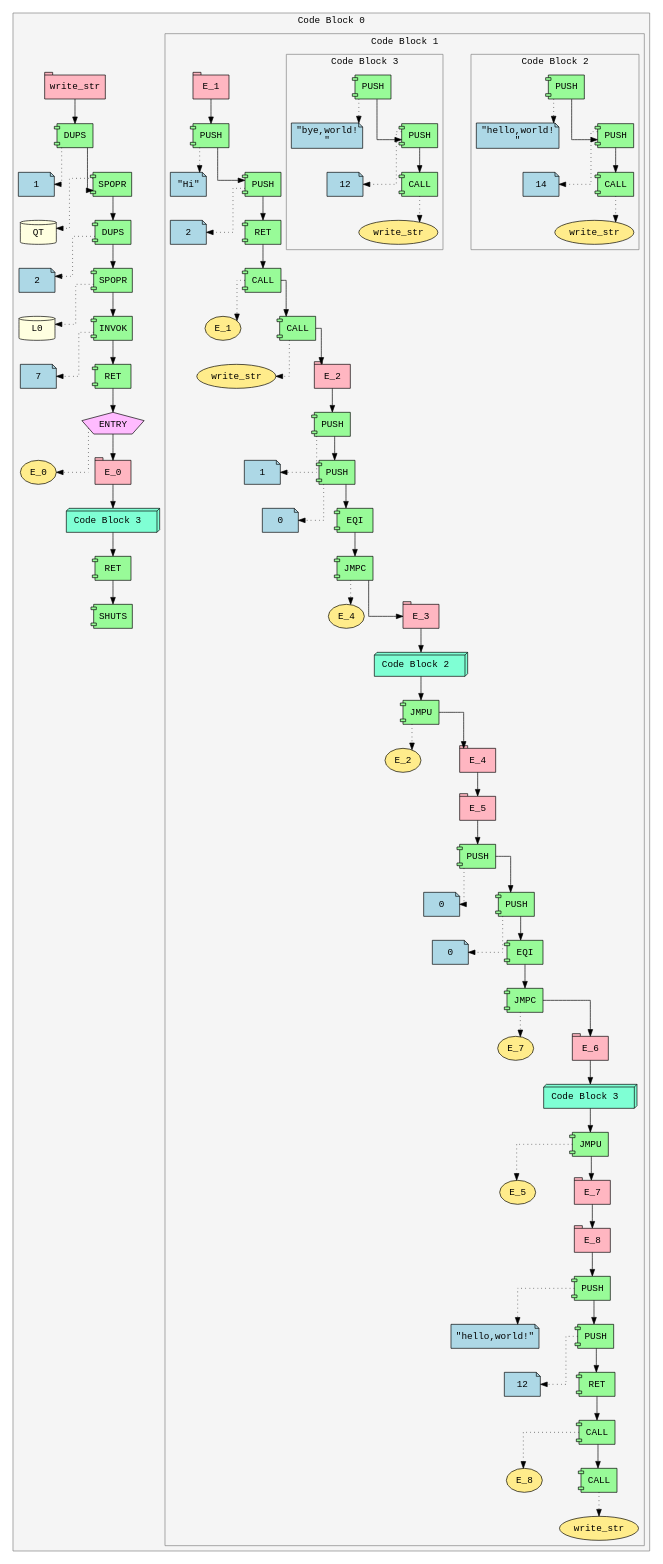
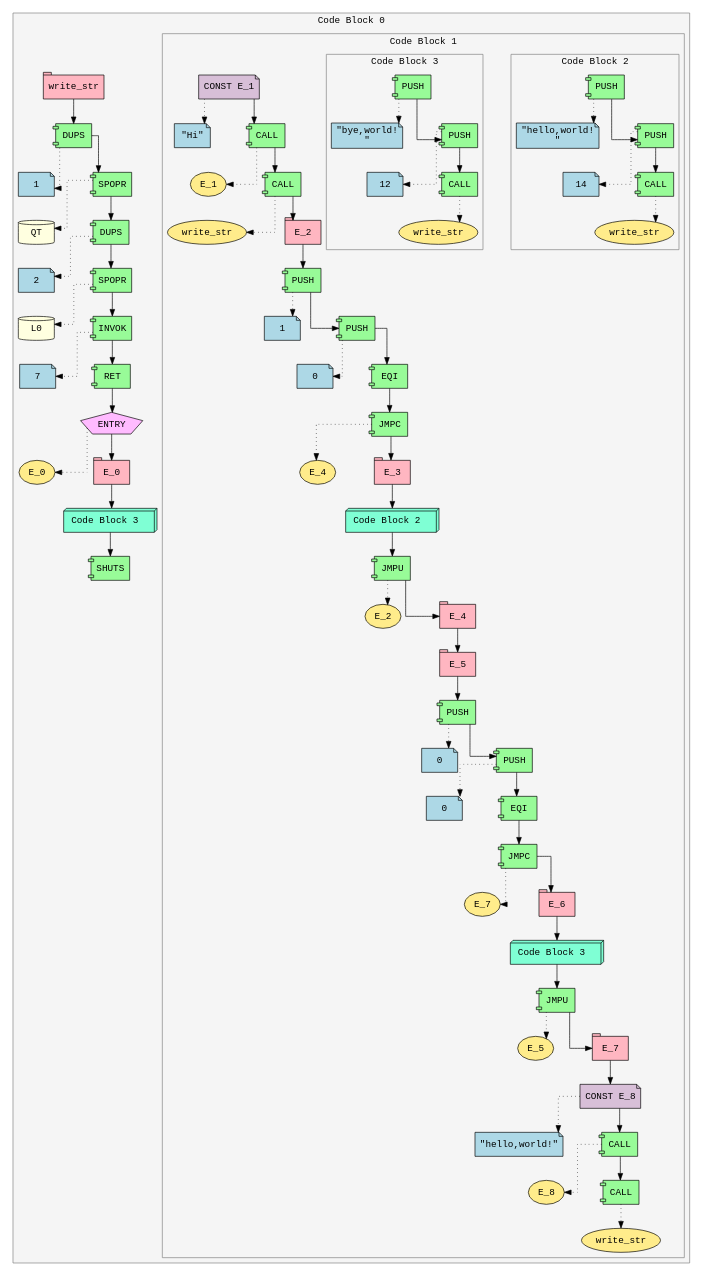
One commit to Soham-Metha/IICT_Segfault_2025 changed the diagram in ir.dot. Above: the diagram before and after it, drawn with Graphviz. The commit also changed 2 other files, not shown here.

```diff
--- a/ir.dot
+++ b/ir.dot
@@ -43,139 +43,121 @@
 color=gray;
 fillcolor=whitesmoke;
 fontname="Courier";
-Expr_17 [shape=tab style=filled fillcolor=lightpink fontname="Courier" label="E_1"]
-Expr_18 [shape=component style=filled fillcolor=palegreen fontname="Courier" label="PUSH"]
-Expr_19 [shape=note style=filled fillcolor=lightblue fontname="Courier" label="\"Hi\""]
-Expr_18 -> Expr_19 [style=dotted]
-Expr_17 -> Expr_18;
-Expr_20 [shape=component style=filled fillcolor=palegreen fontname="Courier" label="PUSH"]
-Expr_21 [shape=note style=filled fillcolor=lightblue fontname="Courier" label="2"]
-Expr_20 -> Expr_21 [style=dotted]
-Expr_18 -> Expr_20;
-Expr_22 [shape=component style=filled fillcolor=palegreen fontname="Courier" label="RET"]
-Expr_20 -> Expr_22;
-Expr_23 [shape=component style=filled fillcolor=palegreen fontname="Courier" label="CALL"]
-Expr_24 [shape=ellipse style=filled fillcolor=lightgoldenrod1 fontname="Courier" label="E_1"]
-Expr_23 -> Expr_24 [style=dotted]
-Expr_22 -> Expr_23;
-Expr_25 [shape=component style=filled fillcolor=palegreen fontname="Courier" label="CALL"]
-Expr_26 [shape=ellipse style=filled fillcolor=lightgoldenrod1 fontname="Courier" label="write_str"]
-Expr_25 -> Expr_26 [style=dotted]
-Expr_23 -> Expr_25;
-Expr_27 [shape=tab style=filled fillcolor=lightpink fontname="Courier" label="E_2"]
-Expr_25 -> Expr_27;
-Expr_28 [shape=component style=filled fillcolor=palegreen fontname="Courier" label="PUSH"]
-Expr_29 [shape=note style=filled fillcolor=lightblue fontname="Courier" label="1"]
-Expr_28 -> Expr_29 [style=dotted]
-Expr_27 -> Expr_28;
-Expr_30 [shape=component style=filled fillcolor=palegreen fontname="Courier" label="PUSH"]
-Expr_31 [shape=note style=filled fillcolor=lightblue fontname="Courier" label="0"]
-Expr_30 -> Expr_31 [style=dotted]
-Expr_28 -> Expr_30;
-Expr_32 [shape=component style=filled fillcolor=palegreen fontname="Courier" label="EQI"]
-Expr_30 -> Expr_32;
-Expr_33 [shape=component style=filled fillcolor=palegreen fontname="Courier" label="JMPC"]
-Expr_34 [shape=ellipse style=filled fillcolor=lightgoldenrod1 fontname="Courier" label="E_4"]
-Expr_33 -> Expr_34 [style=dotted]
-Expr_32 -> Expr_33;
-Expr_35 [shape=tab style=filled fillcolor=lightpink fontname="Courier" label="E_3"]
-Expr_33 -> Expr_35;
-subgraph cluster_36 {
+Expr_17 [shape=note style=filled fillcolor=thistle fontname="Courier" label="CONST E_1"]
+Expr_18 [shape=note style=filled fillcolor=lightblue fontname="Courier" label="\"Hi\""]
+Expr_17 -> Expr_18 [style=dotted]
+Expr_19 [shape=component style=filled fillcolor=palegreen fontname="Courier" label="CALL"]
+Expr_20 [shape=ellipse style=filled fillcolor=lightgoldenrod1 fontname="Courier" label="E_1"]
+Expr_19 -> Expr_20 [style=dotted]
+Expr_17 -> Expr_19;
+Expr_21 [shape=component style=filled fillcolor=palegreen fontname="Courier" label="CALL"]
+Expr_22 [shape=ellipse style=filled fillcolor=lightgoldenrod1 fontname="Courier" label="write_str"]
+Expr_21 -> Expr_22 [style=dotted]
+Expr_19 -> Expr_21;
+Expr_23 [shape=tab style=filled fillcolor=lightpink fontname="Courier" label="E_2"]
+Expr_21 -> Expr_23;
+Expr_24 [shape=component style=filled fillcolor=palegreen fontname="Courier" label="PUSH"]
+Expr_25 [shape=note style=filled fillcolor=lightblue fontname="Courier" label="1"]
+Expr_24 -> Expr_25 [style=dotted]
+Expr_23 -> Expr_24;
+Expr_26 [shape=component style=filled fillcolor=palegreen fontname="Courier" label="PUSH"]
+Expr_27 [shape=note style=filled fillcolor=lightblue fontname="Courier" label="0"]
+Expr_26 -> Expr_27 [style=dotted]
+Expr_24 -> Expr_26;
+Expr_28 [shape=component style=filled fillcolor=palegreen fontname="Courier" label="EQI"]
+Expr_26 -> Expr_28;
+Expr_29 [shape=component style=filled fillcolor=palegreen fontname="Courier" label="JMPC"]
+Expr_30 [shape=ellipse style=filled fillcolor=lightgoldenrod1 fontname="Courier" label="E_4"]
+Expr_29 -> Expr_30 [style=dotted]
+Expr_28 -> Expr_29;
+Expr_31 [shape=tab style=filled fillcolor=lightpink fontname="Courier" label="E_3"]
+Expr_29 -> Expr_31;
+subgraph cluster_32 {
 label="Code Block 2 ";
 style=filled;
 color=gray;
 fillcolor=whitesmoke;
 fontname="Courier";
-Expr_37 [shape=component style=filled fillcolor=palegreen fontname="Courier" label="PUSH"]
-Expr_38 [shape=note style=filled fillcolor=lightblue fontname="Courier" label="\"hello,world!\n\""]
+Expr_33 [shape=component style=filled fillcolor=palegreen fontname="Courier" label="PUSH"]
+Expr_34 [shape=note style=filled fillcolor=lightblue fontname="Courier" label="\"hello,world!\n\""]
+Expr_33 -> Expr_34 [style=dotted]
+Expr_35 [shape=component style=filled fillcolor=palegreen fontname="Courier" label="PUSH"]
+Expr_36 [shape=note style=filled fillcolor=lightblue fontname="Courier" label="14"]
+Expr_35 -> Expr_36 [style=dotted]
+Expr_33 -> Expr_35;
+Expr_37 [shape=component style=filled fillcolor=palegreen fontname="Courier" label="CALL"]
+Expr_38 [shape=ellipse style=filled fillcolor=lightgoldenrod1 fontname="Courier" label="write_str"]
 Expr_37 -> Expr_38 [style=dotted]
-Expr_39 [shape=component style=filled fillcolor=palegreen fontname="Courier" label="PUSH"]
-Expr_40 [shape=note style=filled fillcolor=lightblue fontname="Courier" label="14"]
+Expr_35 -> Expr_37;
+}
+Expr_32 [shape=box3d style=filled fillcolor=aquamarine fontname="Courier" label=" Code Block 2  "]
+Expr_31 -> Expr_32;
+Expr_39 [shape=component style=filled fillcolor=palegreen fontname="Courier" label="JMPU"]
+Expr_40 [shape=ellipse style=filled fillcolor=lightgoldenrod1 fontname="Courier" label="E_2"]
 Expr_39 -> Expr_40 [style=dotted]
-Expr_37 -> Expr_39;
-Expr_41 [shape=component style=filled fillcolor=palegreen fontname="Courier" label="CALL"]
-Expr_42 [shape=ellipse style=filled fillcolor=lightgoldenrod1 fontname="Courier" label="write_str"]
-Expr_41 -> Expr_42 [style=dotted]
+Expr_32 -> Expr_39;
+Expr_41 [shape=tab style=filled fillcolor=lightpink fontname="Courier" label="E_4"]
 Expr_39 -> Expr_41;
-}
-Expr_36 [shape=box3d style=filled fillcolor=aquamarine fontname="Courier" label=" Code Block 2  "]
-Expr_35 -> Expr_36;
-Expr_43 [shape=component style=filled fillcolor=palegreen fontname="Courier" label="JMPU"]
-Expr_44 [shape=ellipse style=filled fillcolor=lightgoldenrod1 fontname="Courier" label="E_2"]
+Expr_42 [shape=tab style=filled fillcolor=lightpink fontname="Courier" label="E_5"]
+Expr_41 -> Expr_42;
+Expr_43 [shape=component style=filled fillcolor=palegreen fontname="Courier" label="PUSH"]
+Expr_44 [shape=note style=filled fillcolor=lightblue fontname="Courier" label="0"]
 Expr_43 -> Expr_44 [style=dotted]
-Expr_36 -> Expr_43;
-Expr_45 [shape=tab style=filled fillcolor=lightpink fontname="Courier" label="E_4"]
+Expr_42 -> Expr_43;
+Expr_45 [shape=component style=filled fillcolor=palegreen fontname="Courier" label="PUSH"]
+Expr_46 [shape=note style=filled fillcolor=lightblue fontname="Courier" label="0"]
+Expr_45 -> Expr_46 [style=dotted]
 Expr_43 -> Expr_45;
-Expr_46 [shape=tab style=filled fillcolor=lightpink fontname="Courier" label="E_5"]
-Expr_45 -> Expr_46;
-Expr_47 [shape=component style=filled fillcolor=palegreen fontname="Courier" label="PUSH"]
-Expr_48 [shape=note style=filled fillcolor=lightblue fontname="Courier" label="0"]
-Expr_47 -> Expr_48 [style=dotted]
-Expr_46 -> Expr_47;
-Expr_49 [shape=component style=filled fillcolor=palegreen fontname="Courier" label="PUSH"]
-Expr_50 [shape=note style=filled fillcolor=lightblue fontname="Courier" label="0"]
-Expr_49 -> Expr_50 [style=dotted]
-Expr_47 -> Expr_49;
-Expr_51 [shape=component style=filled fillcolor=palegreen fontname="Courier" label="EQI"]
-Expr_49 -> Expr_51;
-Expr_52 [shape=component style=filled fillcolor=palegreen fontname="Courier" label="JMPC"]
-Expr_53 [shape=ellipse style=filled fillcolor=lightgoldenrod1 fontname="Courier" label="E_7"]
-Expr_52 -> Expr_53 [style=dotted]
-Expr_51 -> Expr_52;
-Expr_54 [shape=tab style=filled fillcolor=lightpink fontname="Courier" label="E_6"]
-Expr_52 -> Expr_54;
-subgraph cluster_55 {
+Expr_47 [shape=component style=filled fillcolor=palegreen fontname="Courier" label="EQI"]
+Expr_45 -> Expr_47;
+Expr_48 [shape=component style=filled fillcolor=palegreen fontname="Courier" label="JMPC"]
+Expr_49 [shape=ellipse style=filled fillcolor=lightgoldenrod1 fontname="Courier" label="E_7"]
+Expr_48 -> Expr_49 [style=dotted]
+Expr_47 -> Expr_48;
+Expr_50 [shape=tab style=filled fillcolor=lightpink fontname="Courier" label="E_6"]
+Expr_48 -> Expr_50;
+subgraph cluster_51 {
 label="Code Block 3 ";
 style=filled;
 color=gray;
 fillcolor=whitesmoke;
 fontname="Courier";
-Expr_56 [shape=component style=filled fillcolor=palegreen fontname="Courier" label="PUSH"]
-Expr_57 [shape=note style=filled fillcolor=lightblue fontname="Courier" label="\"bye,world!\n\""]
+Expr_52 [shape=component style=filled fillcolor=palegreen fontname="Courier" label="PUSH"]
+Expr_53 [shape=note style=filled fillcolor=lightblue fontname="Courier" label="\"bye,world!\n\""]
+Expr_52 -> Expr_53 [style=dotted]
+Expr_54 [shape=component style=filled fillcolor=palegreen fontname="Courier" label="PUSH"]
+Expr_55 [shape=note style=filled fillcolor=lightblue fontname="Courier" label="12"]
+Expr_54 -> Expr_55 [style=dotted]
+Expr_52 -> Expr_54;
+Expr_56 [shape=component style=filled fillcolor=palegreen fontname="Courier" label="CALL"]
+Expr_57 [shape=ellipse style=filled fillcolor=lightgoldenrod1 fontname="Courier" label="write_str"]
 Expr_56 -> Expr_57 [style=dotted]
-Expr_58 [shape=component style=filled fillcolor=palegreen fontname="Courier" label="PUSH"]
-Expr_59 [shape=note style=filled fillcolor=lightblue fontname="Courier" label="12"]
+Expr_54 -> Expr_56;
+}
+Expr_51 [shape=box3d style=filled fillcolor=aquamarine fontname="Courier" label=" Code Block 3  "]
+Expr_50 -> Expr_51;
+Expr_58 [shape=component style=filled fillcolor=palegreen fontname="Courier" label="JMPU"]
+Expr_59 [shape=ellipse style=filled fillcolor=lightgoldenrod1 fontname="Courier" label="E_5"]
 Expr_58 -> Expr_59 [style=dotted]
-Expr_56 -> Expr_58;
-Expr_60 [shape=component style=filled fillcolor=palegreen fontname="Courier" label="CALL"]
-Expr_61 [shape=ellipse style=filled fillcolor=lightgoldenrod1 fontname="Courier" label="write_str"]
-Expr_60 -> Expr_61 [style=dotted]
+Expr_51 -> Expr_58;
+Expr_60 [shape=tab style=filled fillcolor=lightpink fontname="Courier" label="E_7"]
 Expr_58 -> Expr_60;
-}
-Expr_55 [shape=box3d style=filled fillcolor=aquamarine fontname="Courier" label=" Code Block 3  "]
-Expr_54 -> Expr_55;
-Expr_62 [shape=component style=filled fillcolor=palegreen fontname="Courier" label="JMPU"]
-Expr_63 [shape=ellipse style=filled fillcolor=lightgoldenrod1 fontname="Courier" label="E_5"]
-Expr_62 -> Expr_63 [style=dotted]
-Expr_55 -> Expr_62;
-Expr_64 [shape=tab style=filled fillcolor=lightpink fontname="Courier" label="E_7"]
-Expr_62 -> Expr_64;
-Expr_65 [shape=tab style=filled fillcolor=lightpink fontname="Courier" label="E_8"]
-Expr_64 -> Expr_65;
-Expr_66 [shape=component style=filled fillcolor=palegreen fontname="Courier" label="PUSH"]
-Expr_67 [shape=note style=filled fillcolor=lightblue fontname="Courier" label="\"hello,world!\""]
-Expr_66 -> Expr_67 [style=dotted]
-Expr_65 -> Expr_66;
-Expr_68 [shape=component style=filled fillcolor=palegreen fontname="Courier" label="PUSH"]
-Expr_69 [shape=note style=filled fillcolor=lightblue fontname="Courier" label="12"]
-Expr_68 -> Expr_69 [style=dotted]
-Expr_66 -> Expr_68;
-Expr_70 [shape=component style=filled fillcolor=palegreen fontname="Courier" label="RET"]
-Expr_68 -> Expr_70;
-Expr_71 [shape=component style=filled fillcolor=palegreen fontname="Courier" label="CALL"]
-Expr_72 [shape=ellipse style=filled fillcolor=lightgoldenrod1 fontname="Courier" label="E_8"]
-Expr_71 -> Expr_72 [style=dotted]
-Expr_70 -> Expr_71;
-Expr_73 [shape=component style=filled fillcolor=palegreen fontname="Courier" label="CALL"]
-Expr_74 [shape=ellipse style=filled fillcolor=lightgoldenrod1 fontname="Courier" label="write_str"]
-Expr_73 -> Expr_74 [style=dotted]
-Expr_71 -> Expr_73;
+Expr_61 [shape=note style=filled fillcolor=thistle fontname="Courier" label="CONST E_8"]
+Expr_62 [shape=note style=filled fillcolor=lightblue fontname="Courier" label="\"hello,world!\""]
+Expr_61 -> Expr_62 [style=dotted]
+Expr_60 -> Expr_61;
+Expr_63 [shape=component style=filled fillcolor=palegreen fontname="Courier" label="CALL"]
+Expr_64 [shape=ellipse style=filled fillcolor=lightgoldenrod1 fontname="Courier" label="E_8"]
+Expr_63 -> Expr_64 [style=dotted]
+Expr_61 -> Expr_63;
+Expr_65 [shape=component style=filled fillcolor=palegreen fontname="Courier" label="CALL"]
+Expr_66 [shape=ellipse style=filled fillcolor=lightgoldenrod1 fontname="Courier" label="write_str"]
+Expr_65 -> Expr_66 [style=dotted]
+Expr_63 -> Expr_65;
 }
 Expr_16 [shape=box3d style=filled fillcolor=aquamarine fontname="Courier" label=" Code Block 3  "]
 Expr_15 -> Expr_16;
-Expr_75 [shape=component style=filled fillcolor=palegreen fontname="Courier" label="RET"]
-Expr_16 -> Expr_75;
-Expr_76 [shape=component style=filled fillcolor=palegreen fontname="Courier" label="SHUTS"]
-Expr_75 -> Expr_76;
+Expr_67 [shape=component style=filled fillcolor=palegreen fontname="Courier" label="SHUTS"]
+Expr_16 -> Expr_67;
 }
 }
```
